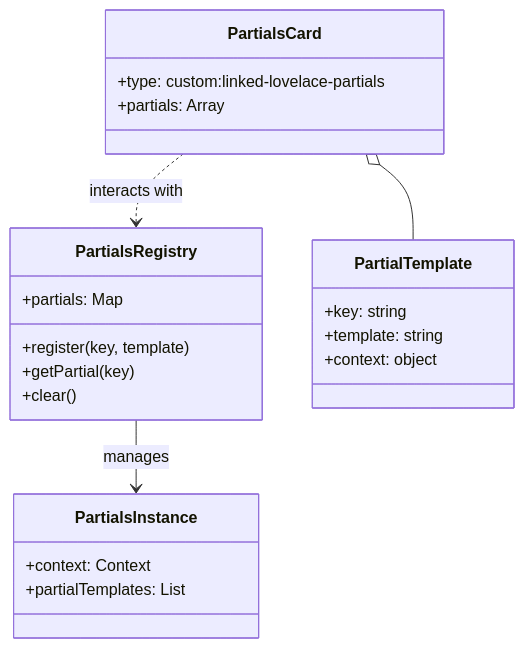
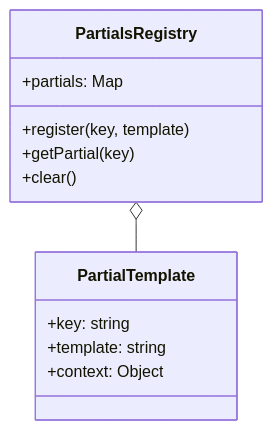
The tenth of 22 diagrams in docs_site/api-evolution.md (daredoes/linked-lovelace-ui), drawn with Mermaid before and after one commit. The commit also changed other lines of this file and 1 other file, not shown here.

First line of the commit message:
Fix Mermaid diagram syntax errors in documentation

````diff
--- a/docs_site/api-evolution.md
+++ b/docs_site/api-evolution.md
@@ -275,31 +238,17 @@
 ```mermaid
 classDiagram
     class PartialsRegistry {
         +partials: Map
         +register(key, template)
         +getPartial(key)
         +clear()
     }
     
-    class PartialsInstance {
-        +context: Context
-        +partialTemplates: List
-    }
-    
-    PartialsRegistry --> PartialsInstance : manages
-    
-    class PartialsCard {
-        +type: custom:linked-lovelace-partials
-        +partials: Array
-    }
-    
-    PartialsCard ..> PartialsRegistry : interacts with
-    
     class PartialTemplate {
         +key: string
         +template: string
-        +context: object
+        +context: Object
     }
     
-    PartialsCard o-- PartialTemplate
+    PartialsRegistry o-- PartialTemplate
 ```
````
